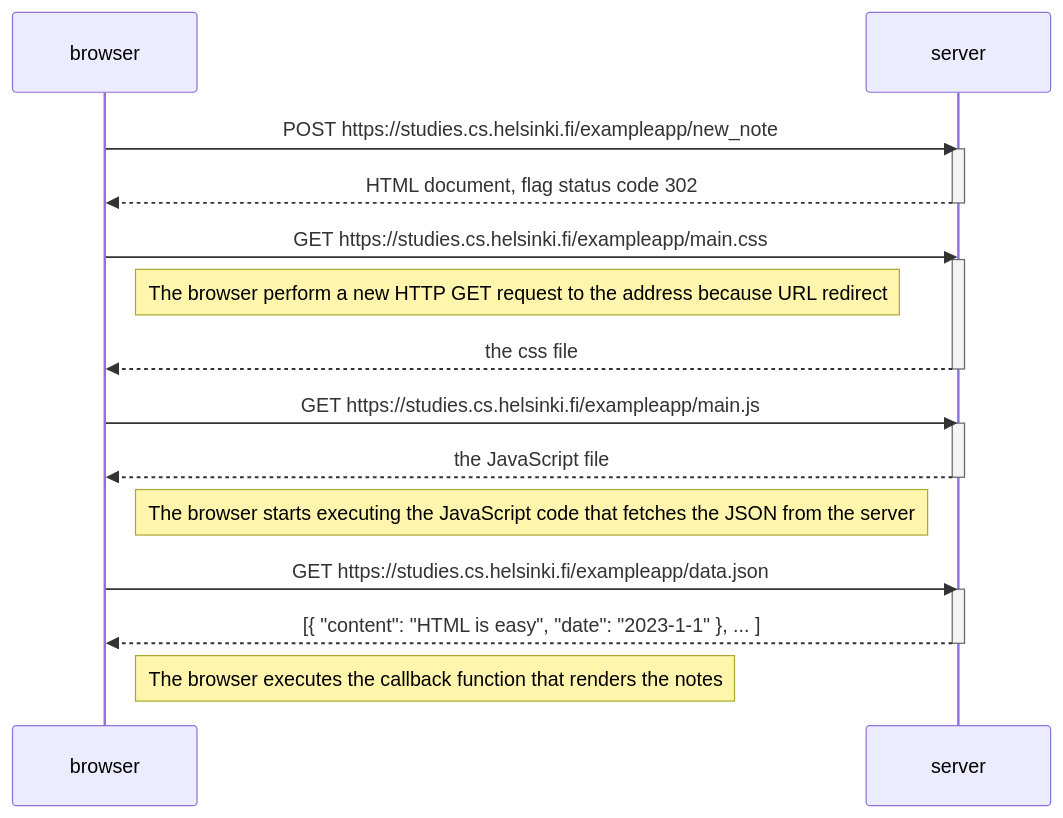
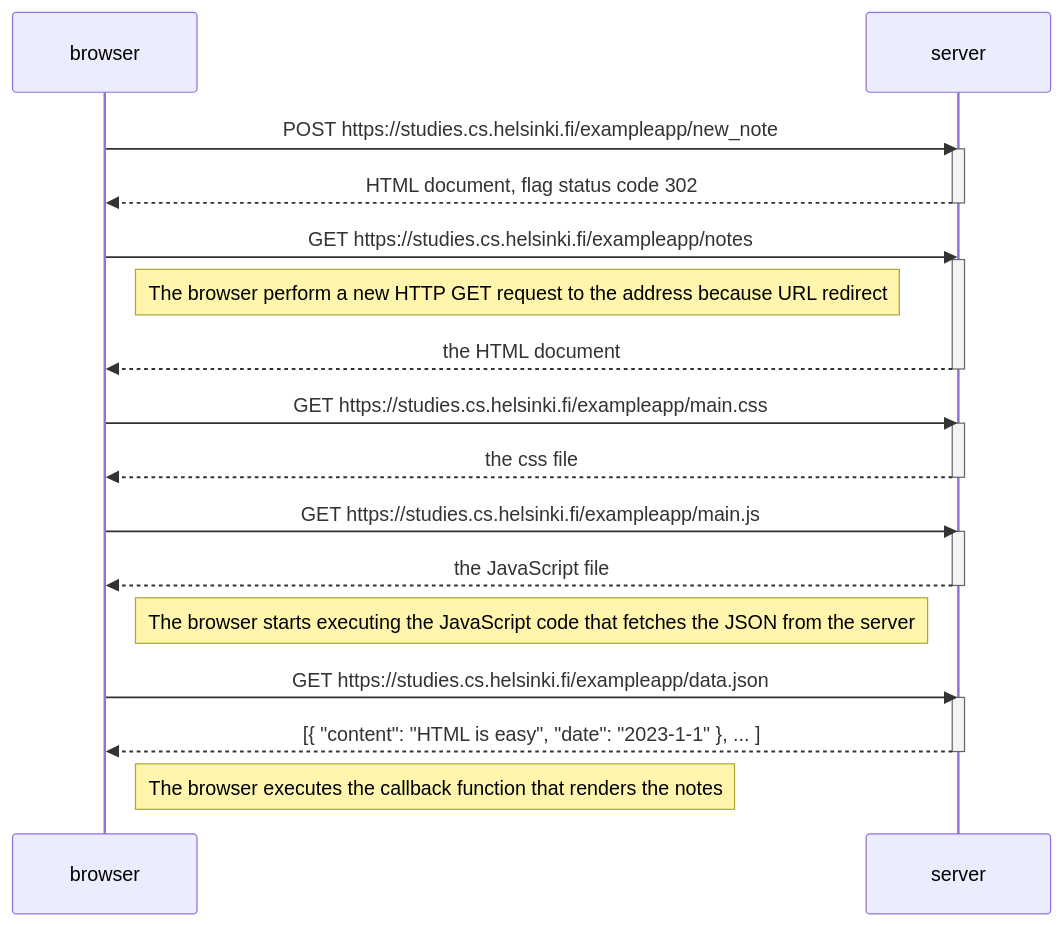
Before and after one commit to Doctor3131/MOOC.FI-FULLSTACK: the diagram in part0/0.4-New-note-diagram.md, drawn with Mermaid.

````diff
--- a/part0/0.4-New-note-diagram.md
+++ b/part0/0.4-New-note-diagram.md
@@ -1,31 +1,36 @@
 ```mermaid
 sequenceDiagram
     participant browser
     participant server
 
     browser->>server: POST https://studies.cs.helsinki.fi/exampleapp/new_note
     activate server
     server-->>browser: HTML document, flag status code 302
     deactivate server
 
 
+    browser->>server: GET https://studies.cs.helsinki.fi/exampleapp/notes
+    activate server
+    Note right of browser: The browser perform a new HTTP GET request to the address because URL redirect
+    server-->>browser: the HTML document
+    deactivate server
+
     browser->>server: GET https://studies.cs.helsinki.fi/exampleapp/main.css
     activate server
-    Note right of browser: The browser perform a new HTTP GET request to the address because URL redirect
     server-->>browser: the css file
     deactivate server
 
     browser->>server: GET https://studies.cs.helsinki.fi/exampleapp/main.js
     activate server
     server-->>browser: the JavaScript file
     deactivate server
 
     Note right of browser: The browser starts executing the JavaScript code that fetches the JSON from the server
 
     browser->>server: GET https://studies.cs.helsinki.fi/exampleapp/data.json
     activate server
     server-->>browser: [{ "content": "HTML is easy", "date": "2023-1-1" }, ... ]
     deactivate server
 
     Note right of browser: The browser executes the callback function that renders the notes
 ```
````
